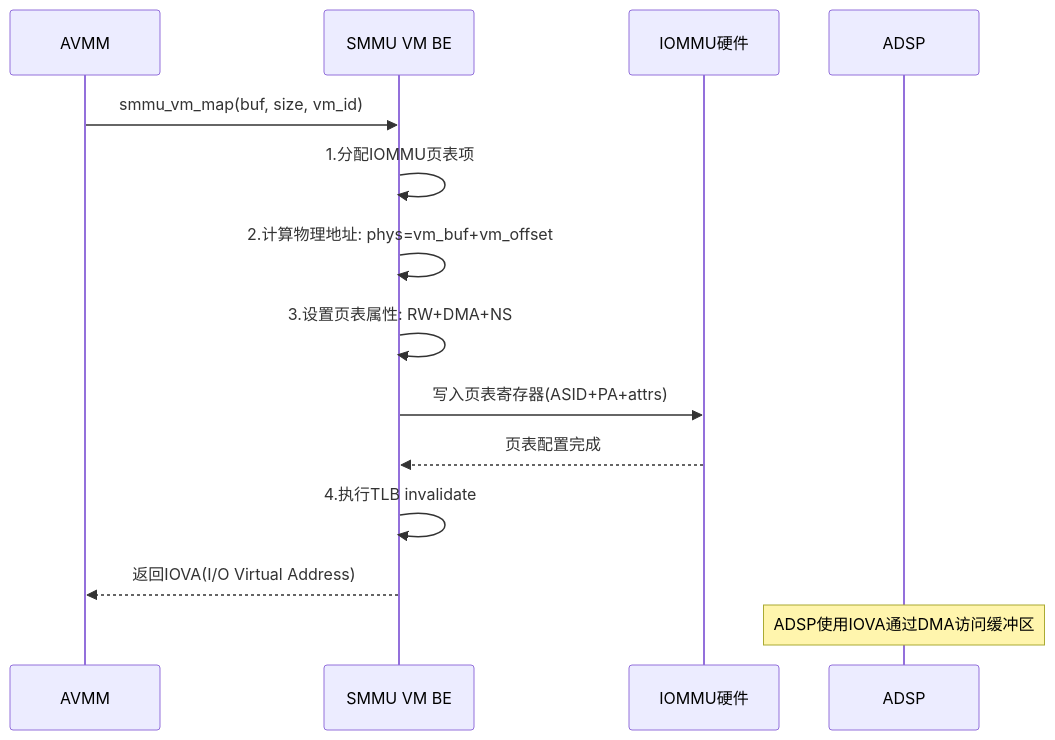
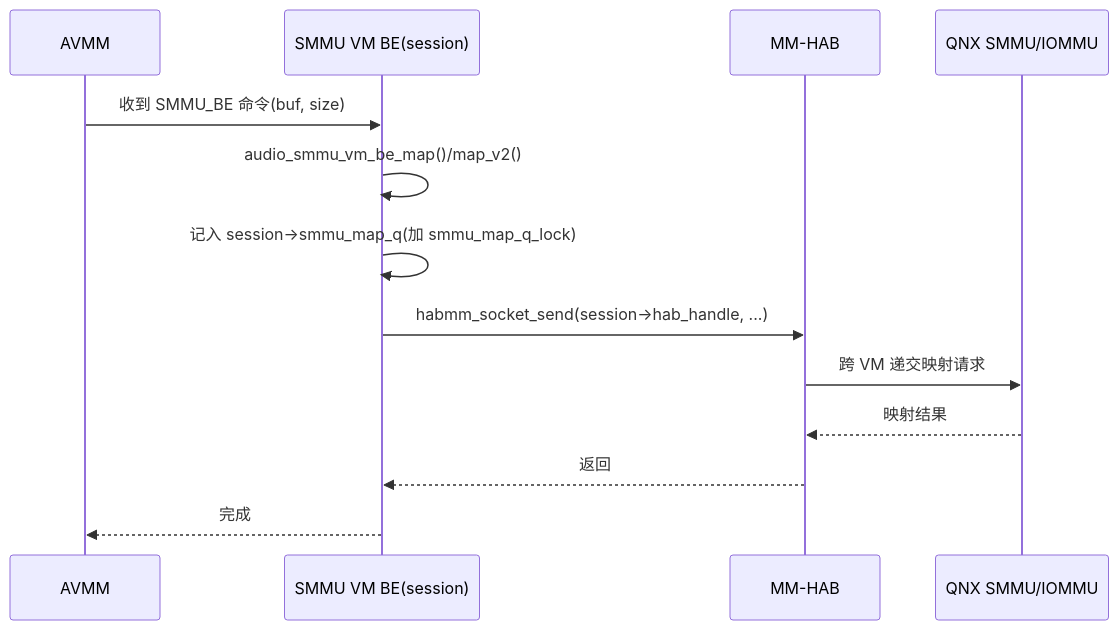
Before and after one commit to yanglinzhen1022/SA8295_AAOS_QNX_Audio_KnowledgeBase: the eighth of 10 diagrams in 16_Vendor_QNX_Architecture/16_16.16_QNX_audio_driver_vm_VM音频驱动层.md, drawn with Mermaid. The commit also changed other lines of this file and 48 other files, not shown here.

````diff
--- a/16_Vendor_QNX_Architecture/16_16.16_QNX_audio_driver_vm_VM音频驱动层.md
+++ b/16_Vendor_QNX_Architecture/16_16.16_QNX_audio_driver_vm_VM音频驱动层.md
@@ -506,17 +543,16 @@
 ```mermaid
 sequenceDiagram
     participant AVMM as AVMM
-    participant SMMU as SMMU VM BE
-    participant IOMMU as IOMMU硬件
-    participant ADSP as ADSP
+    participant SMMU as SMMU VM BE(session)
+    participant HAB as MM-HAB
+    participant QNX as QNX SMMU/IOMMU
 
-    AVMM->>SMMU: smmu_vm_map(buf, size, vm_id)
-    SMMU->>SMMU: 1.分配IOMMU页表项
-    SMMU->>SMMU: 2.计算物理地址: phys=vm_buf+vm_offset
-    SMMU->>SMMU: 3.设置页表属性: RW+DMA+NS
-    SMMU->>IOMMU: 写入页表寄存器(ASID+PA+attrs)
-    IOMMU-->>SMMU: 页表配置完成
-    SMMU->>SMMU: 4.执行TLB invalidate
-    SMMU-->>AVMM: 返回IOVA(I/O Virtual Address)
-    Note over ADSP: ADSP使用IOVA通过DMA访问缓冲区
+    AVMM->>SMMU: 收到 SMMU_BE 命令(buf, size)
+    SMMU->>SMMU: audio_smmu_vm_be_map()/map_v2()
+    SMMU->>SMMU: 记入 session->smmu_map_q(加 smmu_map_q_lock)
+    SMMU->>HAB: habmm_socket_send(session->hab_handle, ...)
+    HAB->>QNX: 跨 VM 递交映射请求
+    QNX-->>HAB: 映射结果
+    HAB-->>SMMU: 返回
+    SMMU-->>AVMM: 完成
 ```
````
